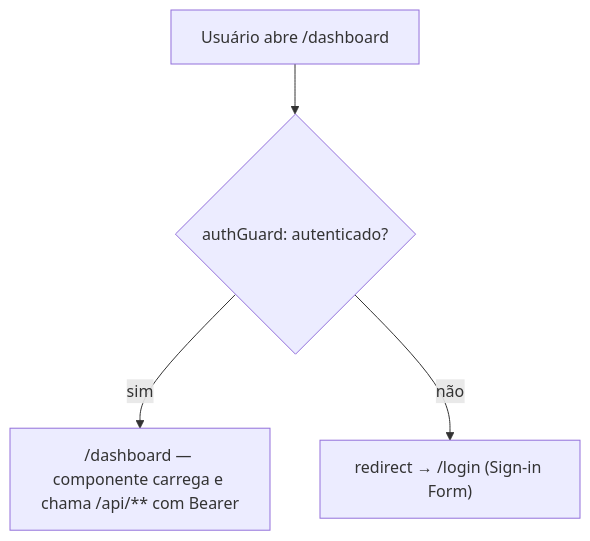
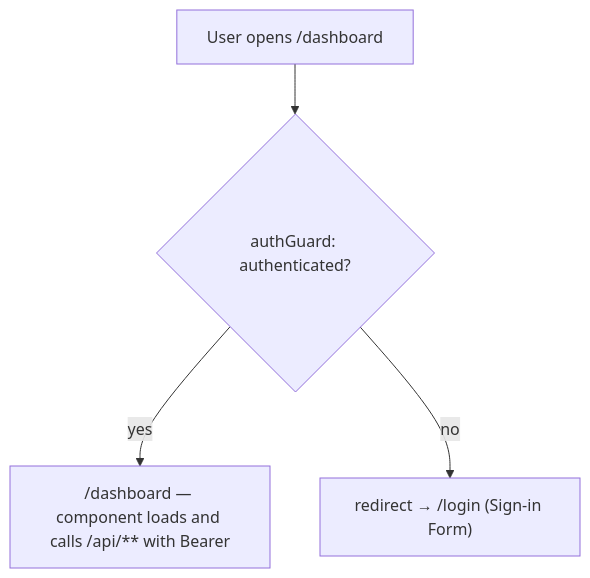
The fourth of 7 diagrams in docs/auth/authentication-authorization.md (MatheusWith/Rumoo), drawn with Mermaid before and after one commit. The commit also changed other lines of this file, not shown here.

First line of the commit message:
docs: translate auth reference to English and align it with routes and token contract

````diff
--- a/docs/auth/authentication-authorization.md
+++ b/docs/auth/authentication-authorization.md
@@ -234,6 +248,6 @@
 ```mermaid
 flowchart TD
-    A["Usuário abre /dashboard"] --> B{authGuard: autenticado?}
-    B -->|"sim"| C["/dashboard — componente carrega e chama /api/** com Bearer"]
-    B -->|"não"| D["redirect → /login (Sign-in Form)"]
+    A["User opens /dashboard"] --> B{authGuard: authenticated?}
+    B -->|"yes"| C["/dashboard — component loads and calls /api/** with Bearer"]
+    B -->|"no"| D["redirect → /login (Sign-in Form)"]
 ```
````
